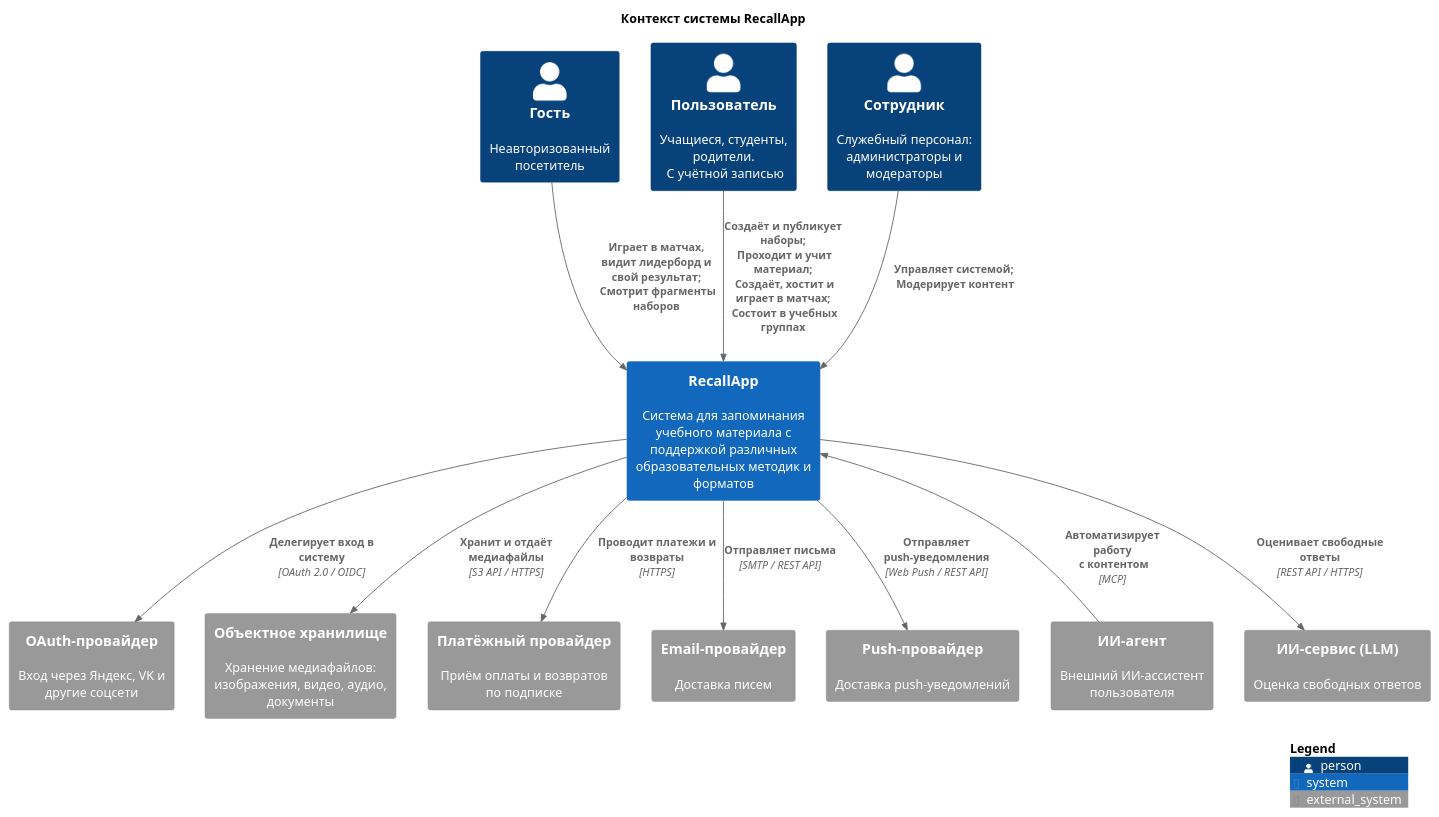
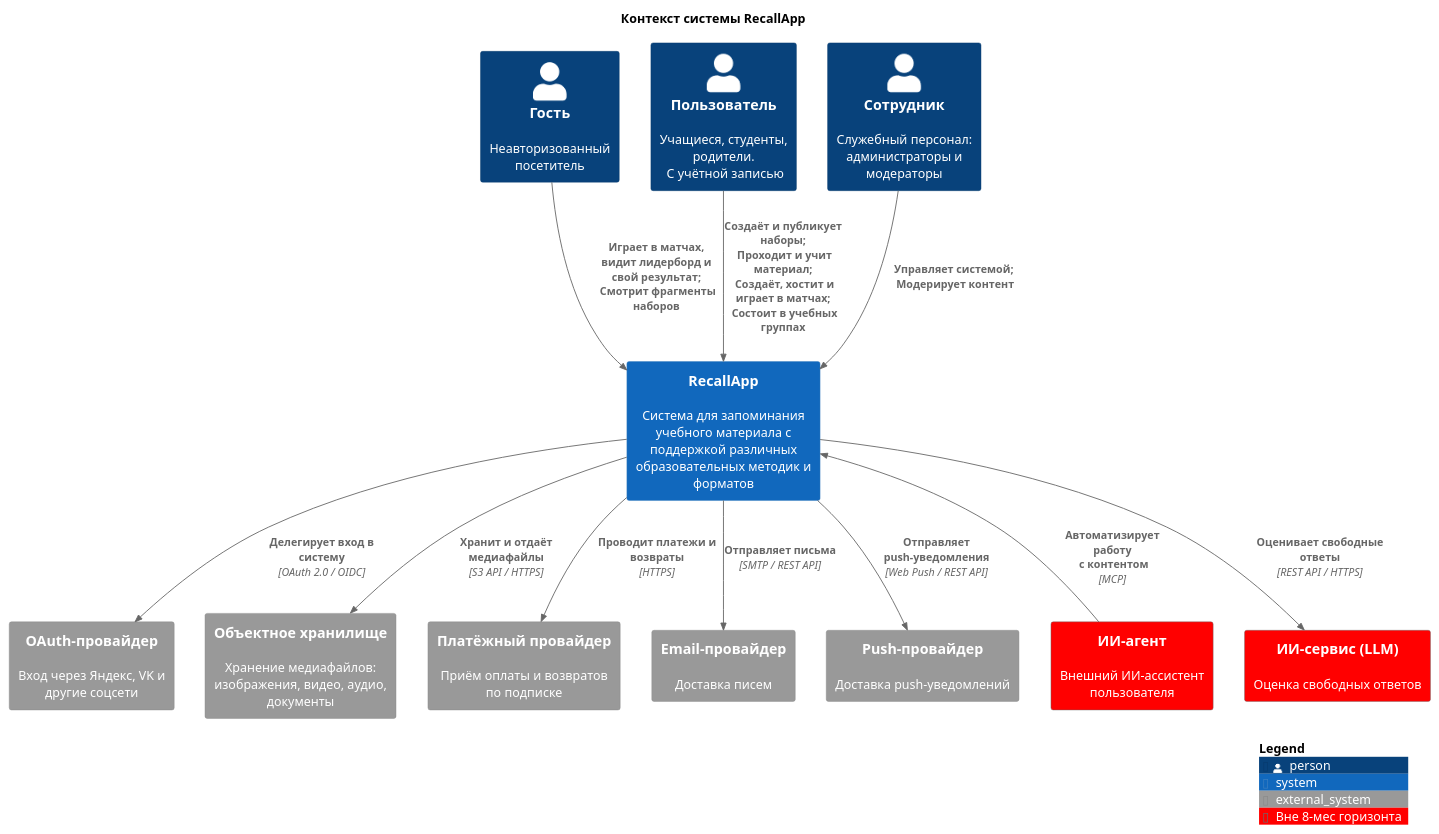
The diagram in RecallApp/docs/diagrams/c4 - context.puml (itacademy-edms-team/24_3_DNDE), drawn with PlantUML before and after one commit.

Commit message:
docs: aff "offscope" tag

```diff
--- a/RecallApp/docs/diagrams/c4 - context.puml
+++ b/RecallApp/docs/diagrams/c4 - context.puml
@@ -1,35 +1,37 @@
 @startuml C4 - Context - RecallApp
 title Контекст системы RecallApp
 top to bottom direction
 
 !include <C4/C4_Context>
+
+AddElementTag("offscope", $bgColor="#ff0000", $fontColor="#FFFFFF", $borderColor="#6B6B6B", $legendText="Вне 8-мес горизонта")
 
 Person(personGuest, "Гость", "Неавторизованный посетитель")
 Person(personUser, "Пользователь", "Учащиеся, студенты, родители. \n С учётной записью")
 Person(personStaff, "Сотрудник", "Служебный персонал: администраторы и модераторы")
 
 System(systemRecallApp, "RecallApp", "Система для запоминания учебного материала с поддержкой различных образовательных методик и форматов")
 
 System_Ext(extSystemAuth, "OAuth-провайдер", "Вход через Яндекс, VK и другие соцсети")
 System_Ext(extSystemObjectStorage, "Объектное хранилище", "Хранение медиафайлов: изображения, видео, аудио, документы")
 System_Ext(extSystemPaymentGateway, "Платёжный провайдер", "Приём оплаты и возвратов по подписке")
 System_Ext(extSystemEmail, "Email-провайдер", "Доставка писем")
 System_Ext(extSystemPush, "Push-провайдер", "Доставка push-уведомлений")
-System_Ext(extSystemAiAgent, "ИИ-агент", "Внешний ИИ-ассистент пользователя")
-System_Ext(extSystemLlm, "ИИ-сервис (LLM)", "Оценка свободных ответов")
+System_Ext(extSystemAiAgent, "ИИ-агент", "Внешний ИИ-ассистент пользователя", $tags="offscope")
+System_Ext(extSystemLlm, "ИИ-сервис (LLM)", "Оценка свободных ответов", $tags="offscope")
 
 Rel(personGuest, systemRecallApp, "Играет в матчах, видит лидерборд и свой результат; \n Смотрит фрагменты наборов")
 Rel(personUser, systemRecallApp, "Создаёт и публикует наборы; \n Проходит и учит материал; \n Создаёт, хостит и играет в матчах; \n Состоит в учебных группах")
 Rel(personStaff, systemRecallApp, "Управляет системой; \n Модерирует контент")
 
 Rel(systemRecallApp, extSystemAuth, "Делегирует вход в систему", "OAuth 2.0 / OIDC")
 Rel(systemRecallApp, extSystemObjectStorage, "Хранит и отдаёт медиафайлы", "S3 API / HTTPS")
 Rel(systemRecallApp, extSystemPaymentGateway, "Проводит платежи и возвраты", "HTTPS")
 Rel(systemRecallApp, extSystemEmail, "Отправляет письма", "SMTP / REST API")
 Rel(systemRecallApp, extSystemPush, "Отправляет push-уведомления", "Web Push / REST API")
 Rel_U(extSystemAiAgent, systemRecallApp, "Автоматизирует работу \n с контентом", "MCP")
 Rel(systemRecallApp, extSystemLlm, "Оценивает свободные ответы", "REST API / HTTPS")
 
 SHOW_LEGEND()
 
 @enduml
```
